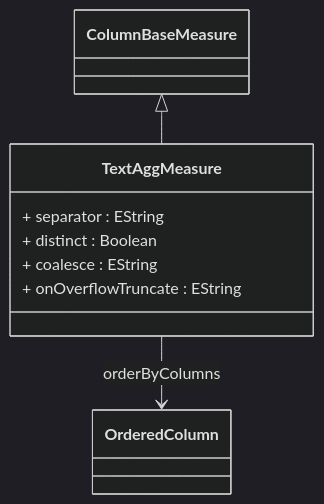
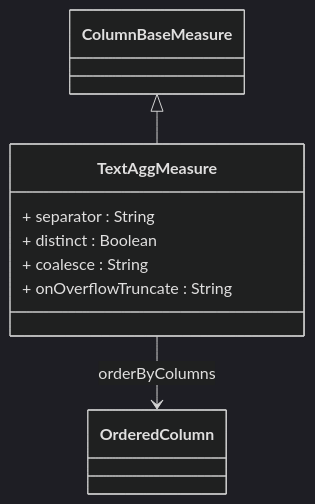
The diagram in docs/cubeserver/model/class-TextAggMeasure.md (eclipse-daanse/eclipse-daanse.github.io), drawn with Mermaid (dark theme) before and after one commit. The commit also changed other lines of this file and 138 other files, not shown here.

````diff
--- a/docs/cubeserver/model/class-TextAggMeasure.md
+++ b/docs/cubeserver/model/class-TextAggMeasure.md
@@ -105,13 +108,13 @@
 ```mermaid
 classDiagram
   class TextAggMeasure {
-    + separator : EString
+    + separator : String
     + distinct : Boolean
-    + coalesce : EString
-    + onOverflowTruncate : EString
+    + coalesce : String
+    + onOverflowTruncate : String
   }
 
   ColumnBaseMeasure <|-- TextAggMeasure
   TextAggMeasure --> OrderedColumn : orderByColumns
 
 ```
````
